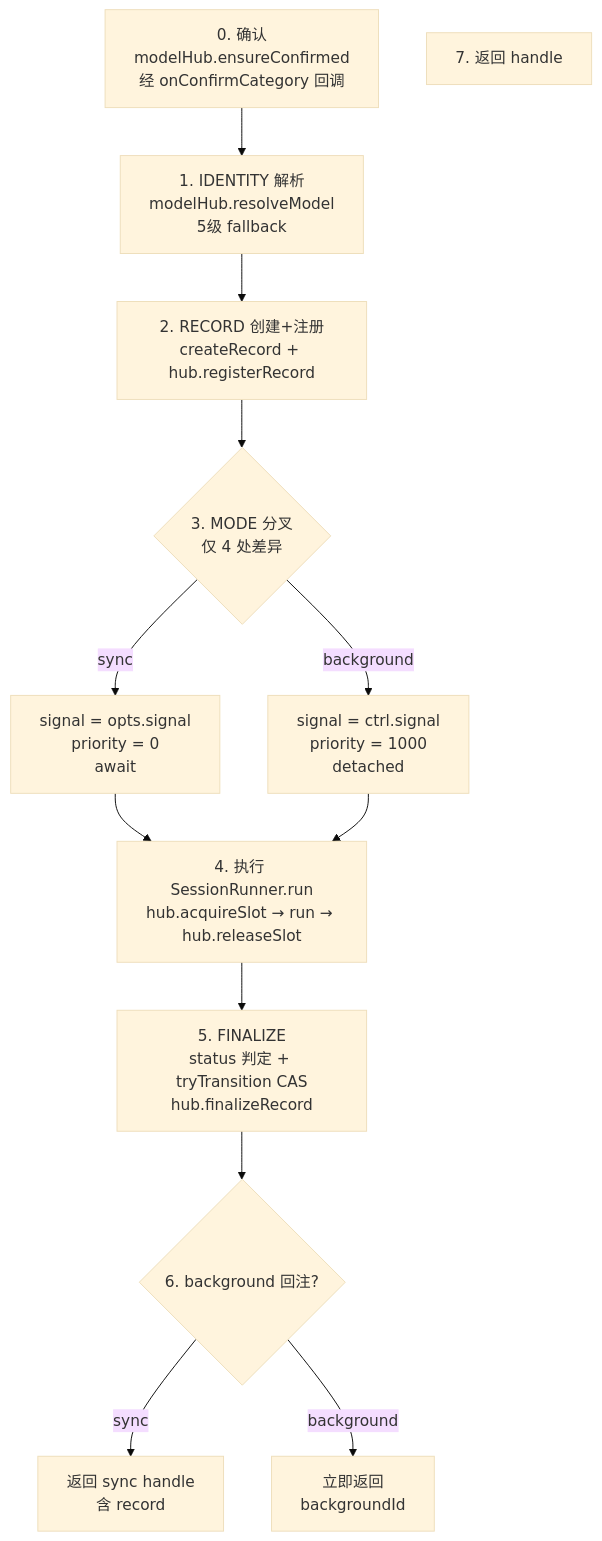
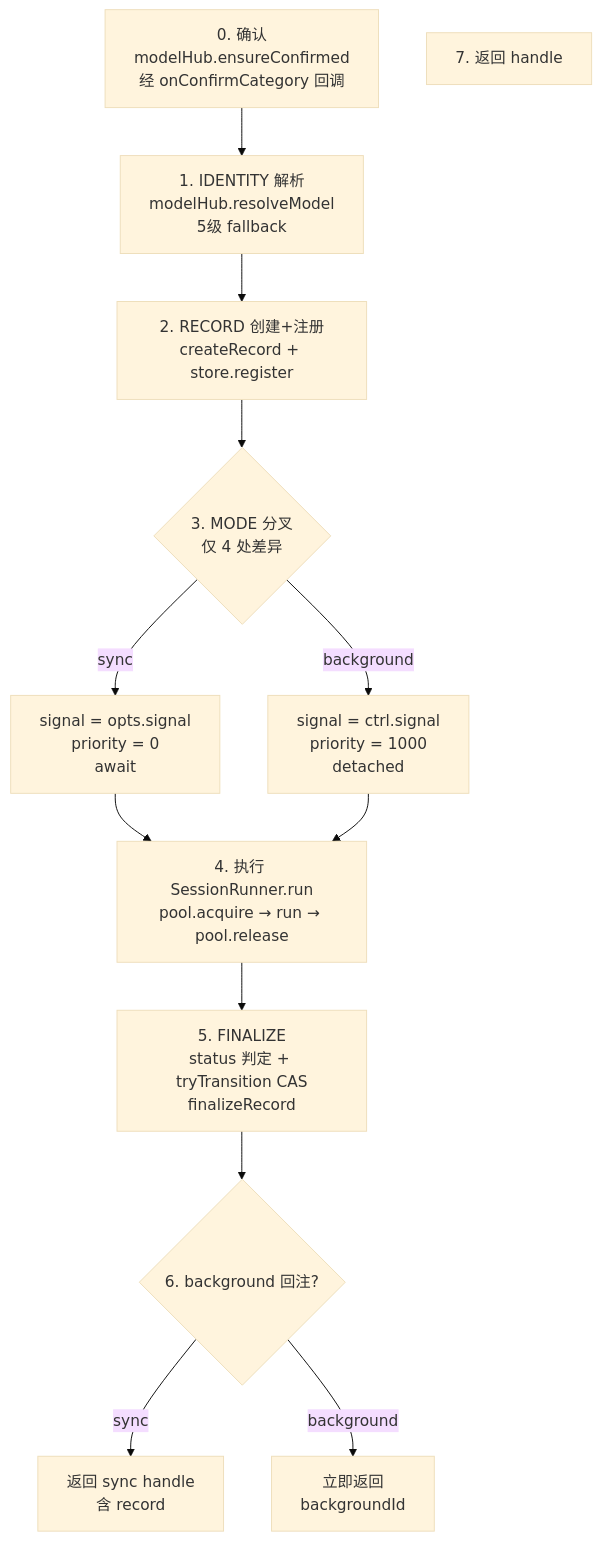
The first of 3 diagrams in docs/subagents/execution-flow.md (zhushanwen321/xyz-pi-extensions), drawn with Mermaid (base theme) before and after one commit. The commit also changed other lines of this file and 7 other files, not shown here.

````diff
--- a/docs/subagents/execution-flow.md
+++ b/docs/subagents/execution-flow.md
@@ -22,20 +22,20 @@
 ```mermaid
 flowchart TD
     S0[0. 确认<br/>modelHub.ensureConfirmed<br/>经 onConfirmCategory 回调]
     S1[1. IDENTITY 解析<br/>modelHub.resolveModel<br/>5级 fallback]
-    S2[2. RECORD 创建+注册<br/>createRecord + hub.registerRecord]
+    S2[2. RECORD 创建+注册<br/>createRecord + store.register]
     S3{3. MODE 分叉<br/>仅 4 处差异}
-    S4[4. 执行 SessionRunner.run<br/>hub.acquireSlot → run → hub.releaseSlot]
-    S5[5. FINALIZE<br/>status 判定 + tryTransition CAS<br/>hub.finalizeRecord]
+    S4[4. 执行 SessionRunner.run<br/>pool.acquire → run → pool.release]
+    S5[5. FINALIZE<br/>status 判定 + tryTransition CAS<br/>finalizeRecord]
     S6{6. background 回注?}
     S7[7. 返回 handle]
 
     S0 --> S1 --> S2 --> S3
     S3 -->|sync| S4a[signal = opts.signal<br/>priority = 0<br/>await]
     S3 -->|background| S4b[signal = ctrl.signal<br/>priority = 1000<br/>detached]
     S4a --> S4
     S4b --> S4
     S4 --> S5 --> S6
     S6 -->|sync| S7a[返回 sync handle<br/>含 record]
     S6 -->|background| S7b[立即返回<br/>backgroundId]
 ```
````
